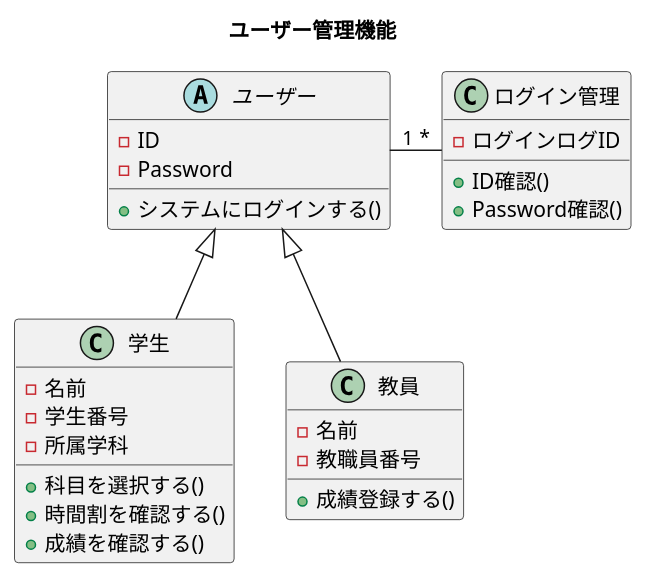
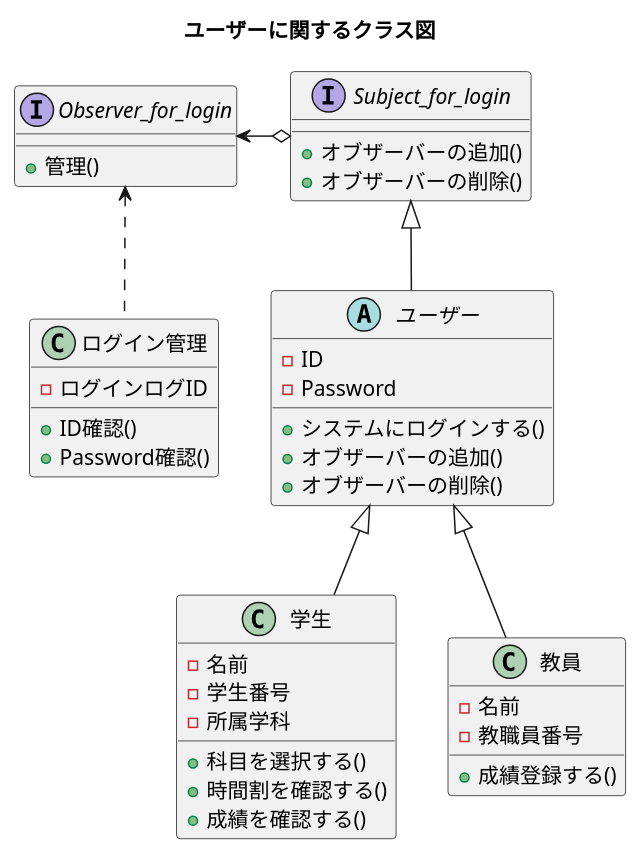
One commit to tanusai646/software-desine changed the diagram in uml/15/class2/class2.puml. Above: the diagram before and after it, drawn with PlantUML. The commit also changed 22 other files, not shown here.

```diff
--- a/uml/15/class2/class2.puml
+++ b/uml/15/class2/class2.puml
@@ -1,37 +1,51 @@
-@startuml 9-1
-title ユーザー管理機能
+@startuml 8-2
+title ユーザーに関するクラス図
 
 'ユーザー管理に関連するクラス'
 
 abstract class ユーザー {
     - ID
     - Password
     + システムにログインする()
+    + オブザーバーの追加()
+    + オブザーバーの削除()
 }
 
 class 学生 {
     - 名前
     - 学生番号
     - 所属学科
     + 科目を選択する()
     + 時間割を確認する()
     + 成績を確認する()
 }
 
 class 教員 {
     - 名前
     - 教職員番号
     + 成績登録する()
 }
 
 class ログイン管理 {
     - ログインログID
     + ID確認()
     + Password確認()
 }
 
+interface Observer_for_login{
+    + 管理()
+}
+
+interface Subject_for_login{
+    + オブザーバーの追加()
+    + オブザーバーの削除()
+}
+
 ユーザー <|-down- 学生
 ユーザー <|-down- 教員
-ユーザー "1"-right-"*" ログイン管理
+
+Observer_for_login <.. ログイン管理
+Observer_for_login <-right-o Subject_for_login
+Subject_for_login <|-- ユーザー
 
 @enduml
```
